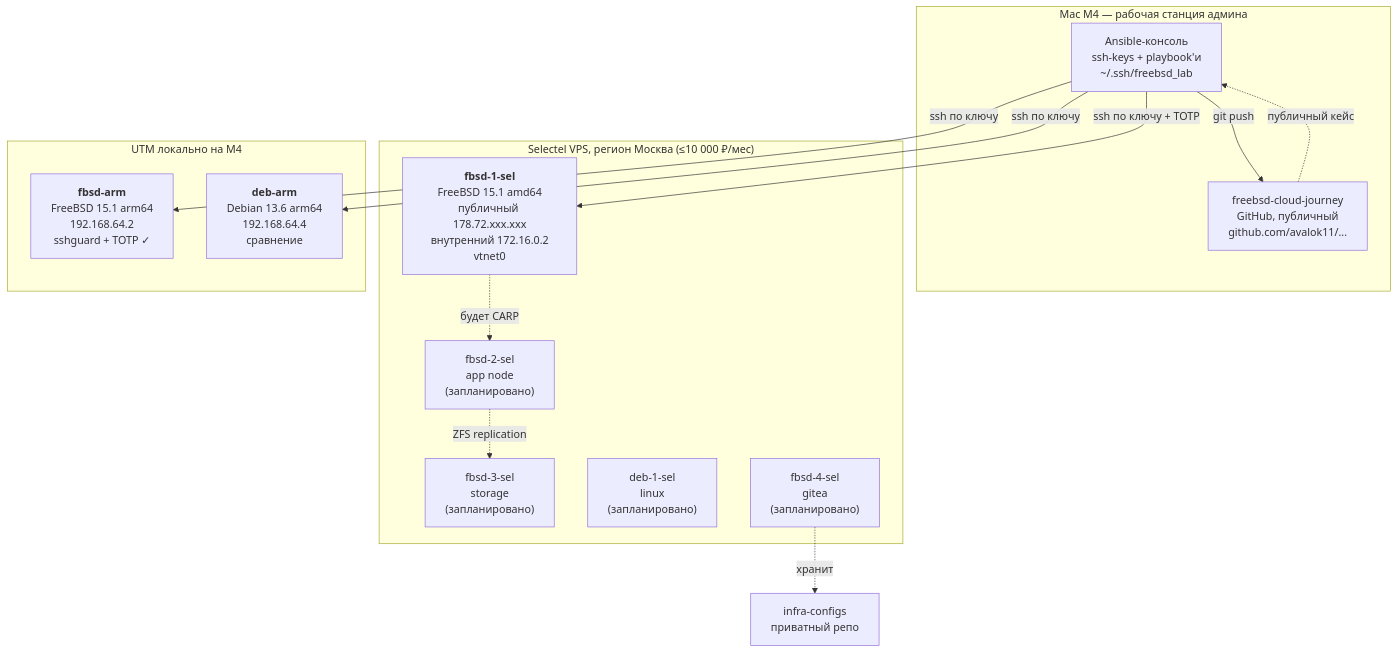
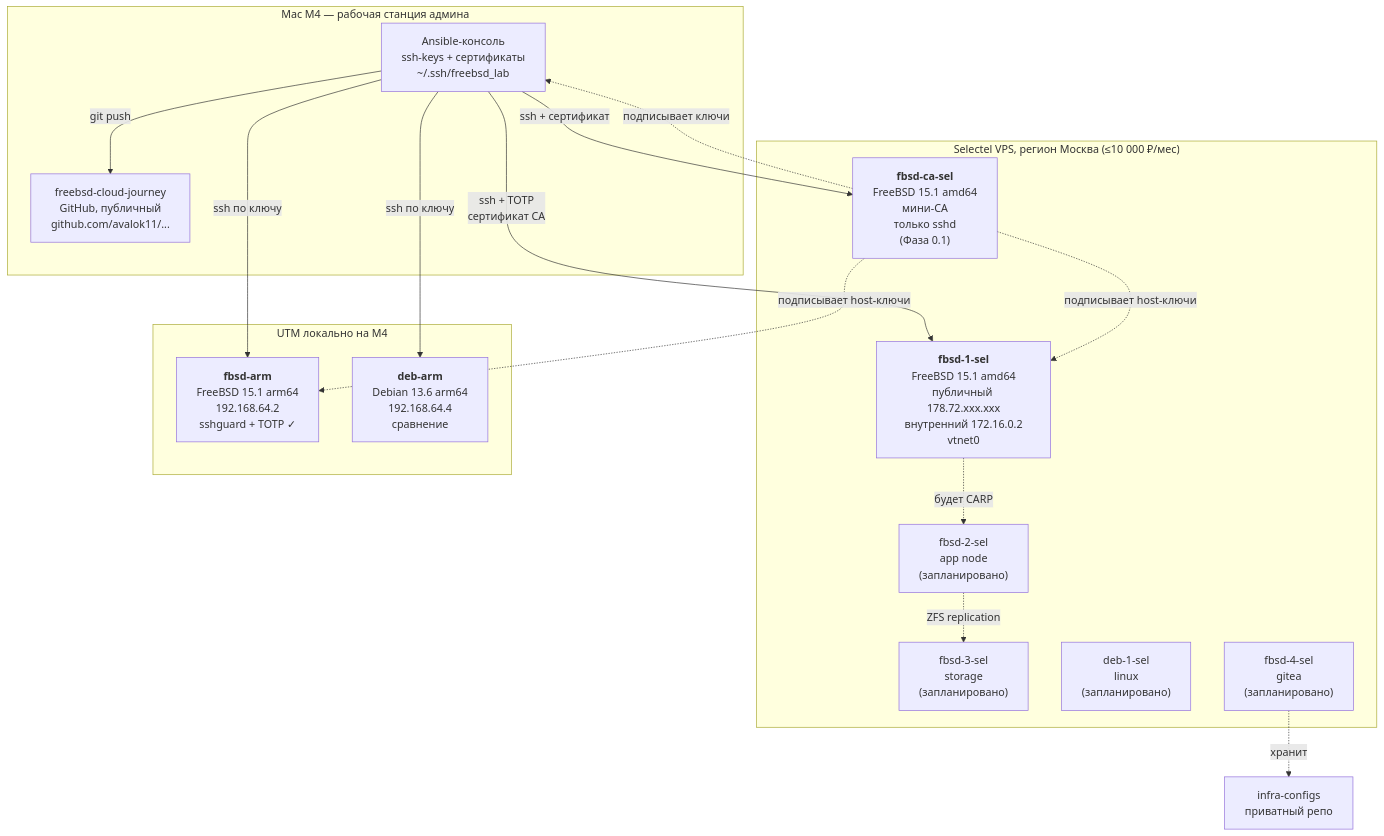
Before and after one commit to avalok11/freebsd-cloud-journey: the diagram in docs/architecture.md, drawn with Mermaid. The commit also changed other lines of this file and 3 other files, not shown here.

````diff
--- a/docs/architecture.md
+++ b/docs/architecture.md
@@ -7,29 +7,33 @@
 ```mermaid
 graph TB
     subgraph Laptop[Mac M4 — рабочая станция админа]
-        Console[Ansible-консоль<br/>ssh-keys + playbook'и<br/>~/.ssh/freebsd_lab]
+        Console[Ansible-консоль<br/>ssh-keys + сертификаты<br/>~/.ssh/freebsd_lab]
         GH[freebsd-cloud-journey<br/>GitHub, публичный<br/>github.com/avalok11/...]
     end
 
     subgraph Selectel["Selectel VPS, регион Москва (≤10 000 ₽/мес)"]
         F1["<b>fbsd-1-sel</b><br/>FreeBSD 15.1 amd64<br/>публичный 178.72.xxx.xxx<br/>внутренний 172.16.0.2<br/>vtnet0"]
+        CA["<b>fbsd-ca-sel</b><br/>FreeBSD 15.1 amd64<br/>мини-CA<br/>только sshd<br/>(Фаза 0.1)"]
         F2["fbsd-2-sel<br/>app node<br/>(запланировано)"]
         F3["fbsd-3-sel<br/>storage<br/>(запланировано)"]
         L1["deb-1-sel<br/>linux<br/>(запланировано)"]
         Gitea["fbsd-4-sel<br/>gitea<br/>(запланировано)"]
     end
 
     subgraph LocalLab["UTM локально на M4"]
         FARM["<b>fbsd-arm</b><br/>FreeBSD 15.1 arm64<br/>192.168.64.2<br/>sshguard + TOTP ✓"]
         DARM["<b>deb-arm</b><br/>Debian 13.6 arm64<br/>192.168.64.4<br/>сравнение"]
     end
 
-    Console -->|ssh по ключу + TOTP| F1
+    Console -->|ssh + TOTP<br/>сертификат CA| F1
+    Console -->|ssh + сертификат| CA
     Console -->|ssh по ключу| FARM
     Console -->|ssh по ключу| DARM
     Console -->|git push| GH
-    GH -.публичный кейс.-> Console
+    CA -.подписывает ключи.-> Console
+    CA -.подписывает host-ключи.-> F1
+    CA -.подписывает host-ключи.-> FARM
     F1 -.будет CARP.-> F2
     F2 -.ZFS replication.-> F3
     Gitea -.хранит.-> InfraCfg[infra-configs<br/>приватный репо]
 ```
````
